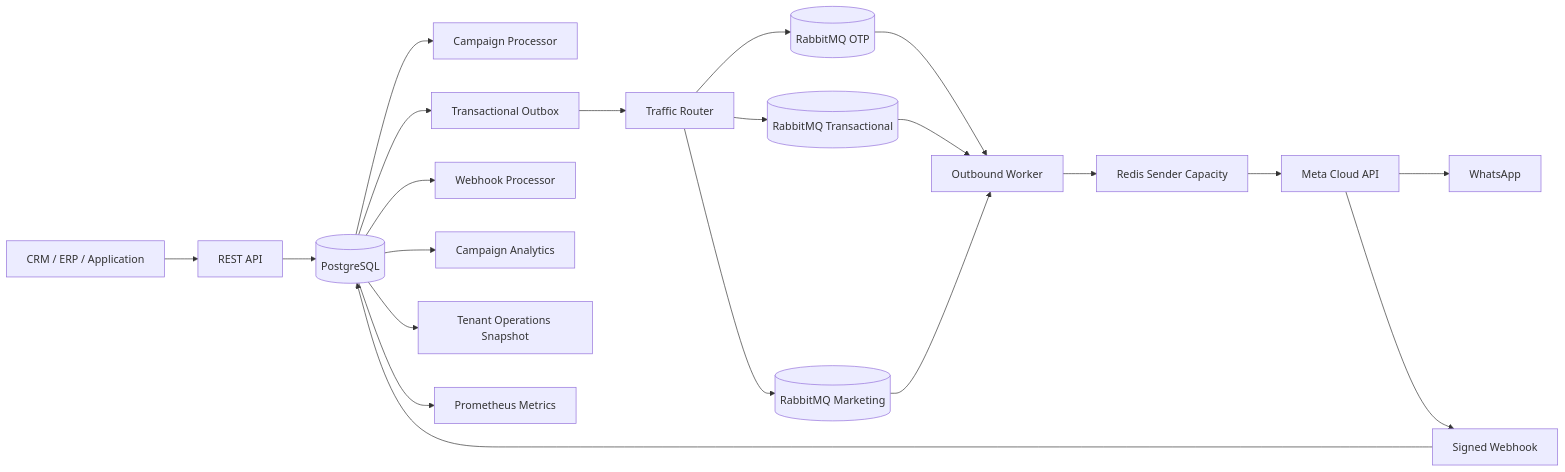
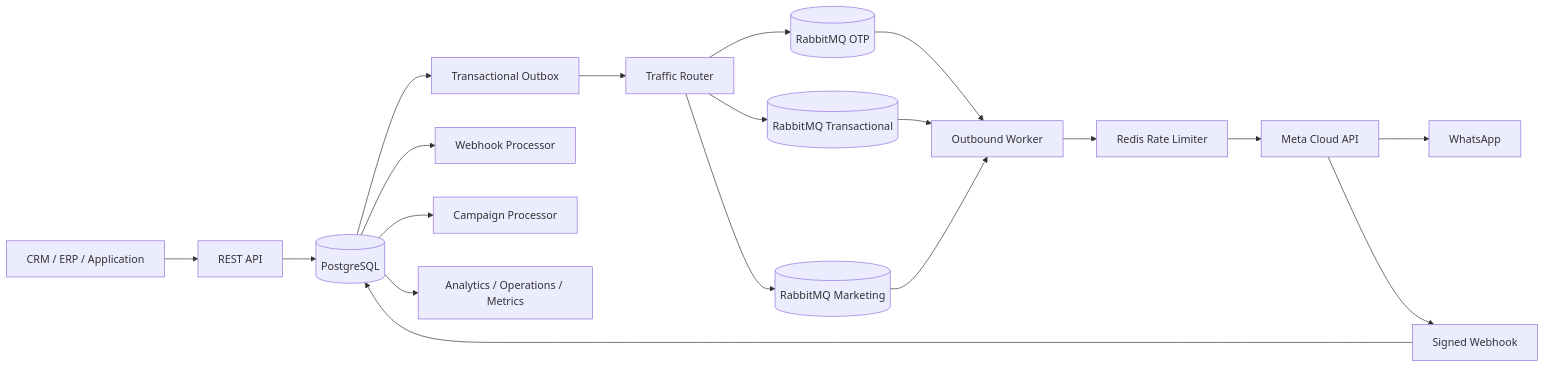
Before and after one commit to netctc/apiWhatsApp: the diagram in README.md, drawn with Mermaid. The commit also changed other lines of this file, not shown here.

````diff
--- a/README.md
+++ b/README.md
@@ -43,23 +39,21 @@
 ```mermaid
 flowchart LR
     Client[CRM / ERP / Application] --> API[REST API]
     API --> DB[(PostgreSQL)]
-    DB --> CampaignProcessor[Campaign Processor]
     DB --> Outbox[Transactional Outbox]
     Outbox --> Router[Traffic Router]
     Router --> OTP[(RabbitMQ OTP)]
     Router --> TX[(RabbitMQ Transactional)]
     Router --> MKT[(RabbitMQ Marketing)]
     OTP --> Worker[Outbound Worker]
     TX --> Worker
     MKT --> Worker
-    Worker --> Rate[Redis Sender Capacity]
+    Worker --> Rate[Redis Rate Limiter]
     Rate --> Meta[Meta Cloud API]
     Meta --> WhatsApp[WhatsApp]
     Meta --> Webhook[Signed Webhook]
     Webhook --> DB
     DB --> WebhookProcessor[Webhook Processor]
-    DB --> Analytics[Campaign Analytics]
-    DB --> Operations[Tenant Operations Snapshot]
-    DB --> Metrics[Prometheus Metrics]
+    DB --> CampaignProcessor[Campaign Processor]
+    DB --> Analytics[Analytics / Operations / Metrics]
 ```
````
